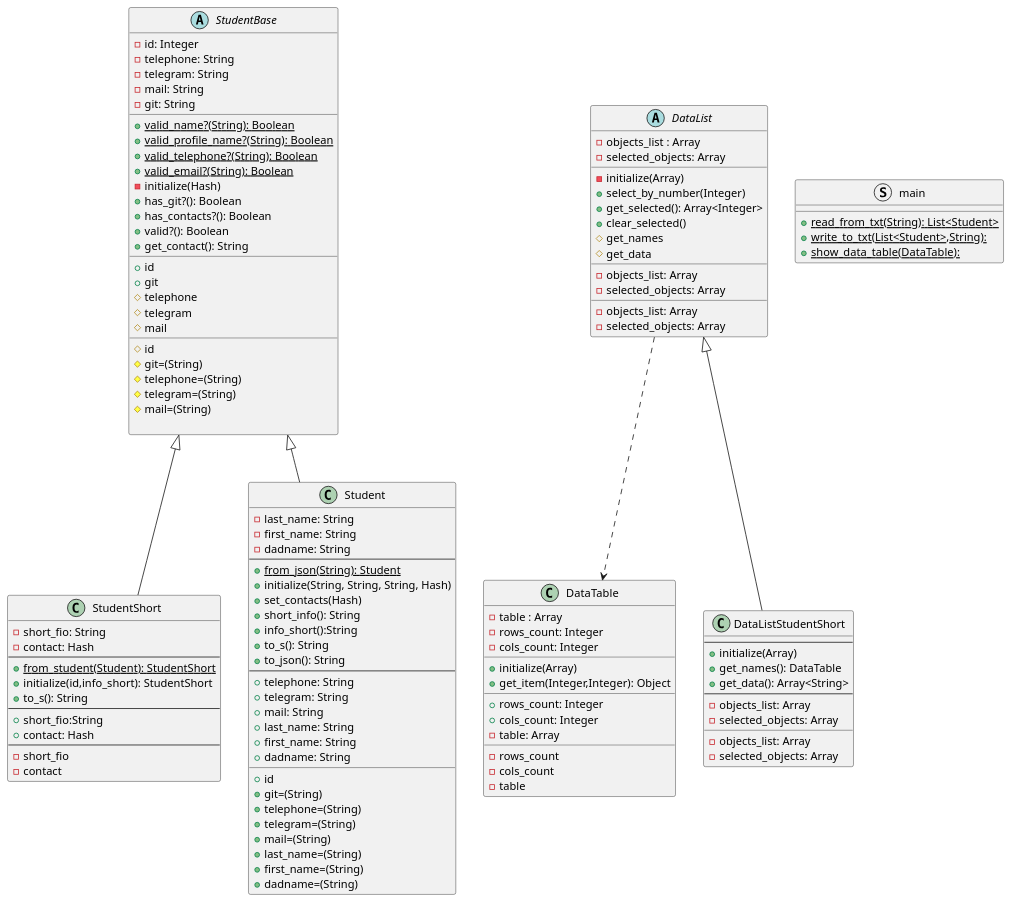
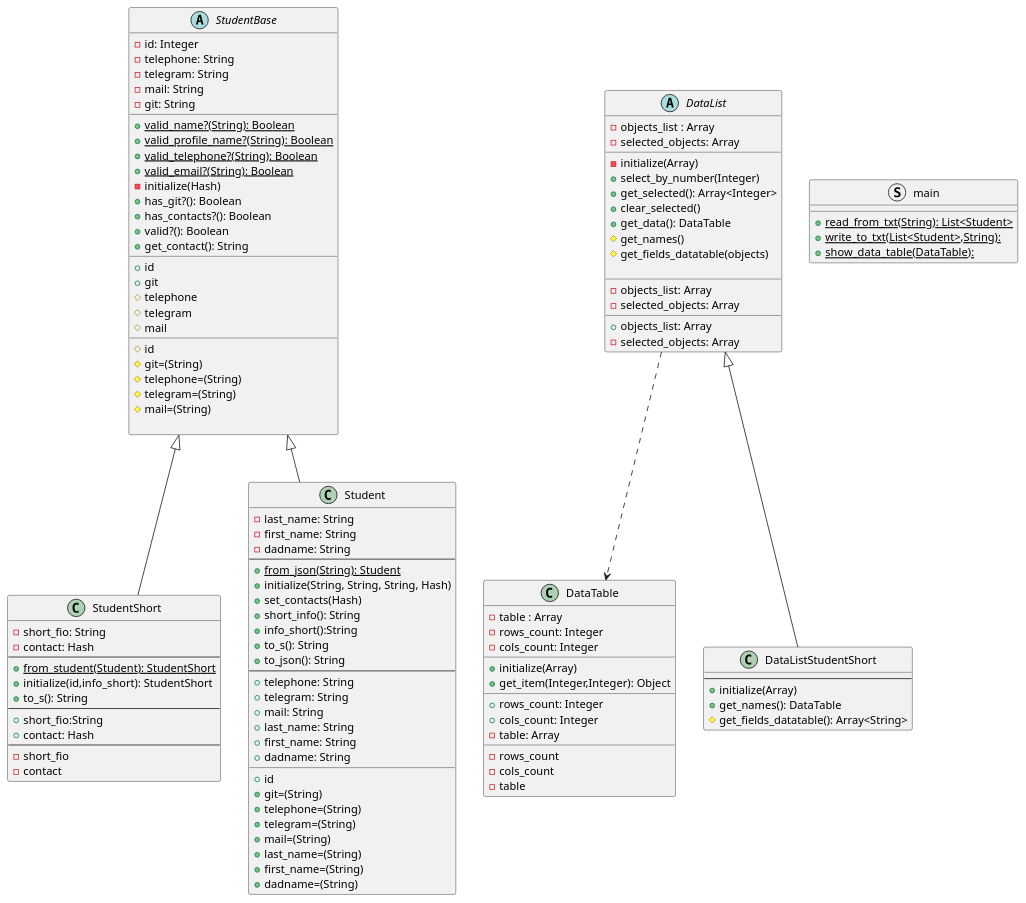
Before and after one commit to KREEAL/RubyLabs: the diagram in LR2/diagram/StudentClassDiagram.puml, drawn with PlantUML. The commit also changed 1 other file, not shown here.

Commit message:
Диаграмма классов соответствует текущим классам

```diff
--- a/LR2/diagram/StudentClassDiagram.puml
+++ b/LR2/diagram/StudentClassDiagram.puml
@@ -1,134 +1,130 @@
 @startuml
 'https://plantuml.com/class-diagram
 abstract class StudentBase {
     -id: Integer
     -telephone: String
     -telegram: String
     -mail: String
     -git: String
     __
     +{static}valid_name?(String): Boolean
     +{static}valid_profile_name?(String): Boolean
     +{static}valid_telephone?(String): Boolean
     +{static}valid_email?(String): Boolean
     -initialize(Hash)
     +has_git?(): Boolean
     +has_contacts?(): Boolean
     +valid?(): Boolean
     +get_contact(): String
     __
     +id
     +git
     #telephone
     #telegram
     #mail
     __
     #id
     #git=(String)
     #telephone=(String)
     #telegram=(String)
     #mail=(String)
 
 }
 class StudentShort extends StudentBase {
     -short_fio: String
     -contact: Hash
     --
     +{static}from_student(Student): StudentShort
     +initialize(id,info_short): StudentShort
     +to_s(): String
     --
     +short_fio:String
     +contact: Hash
     --
     -short_fio
     -contact
 }
 class Student extends StudentBase{
     -last_name: String
     -first_name: String
     -dadname: String
     --
     +{static}from_json(String): Student
     +initialize(String, String, String, Hash)
     +set_contacts(Hash)
     +short_info(): String
     +info_short():String
     +to_s(): String
     +to_json(): String
     --
     +telephone: String
     +telegram: String
     +mail: String
     +last_name: String
     +first_name: String
     +dadname: String
     __
     +id
     +git=(String)
     +telephone=(String)
     +telegram=(String)
     +mail=(String)
     +last_name=(String)
     +first_name=(String)
     +dadname=(String)
 }
 
 class DataTable{
     -table : Array
     -rows_count: Integer
     -cols_count: Integer
     __
     +initialize(Array)
     +get_item(Integer,Integer): Object
     __
     +rows_count: Integer
     +cols_count: Integer
     -table: Array
     __
     -rows_count
     -cols_count
     -table
 }
 abstract class DataList{
     -objects_list : Array
     -selected_objects: Array
     __
     -initialize(Array)
     +select_by_number(Integer)
     +get_selected(): Array<Integer>
     +clear_selected()
-    #get_names
-    #get_data
+    +get_data(): DataTable
+    #get_names()
+    #get_fields_datatable(objects)
+
     __
     -objects_list: Array
     -selected_objects: Array
     __
-    -objects_list: Array
+    +objects_list: Array
     -selected_objects: Array
 }
 
 class DataListStudentShort extends DataList{
     --
     +initialize(Array)
     +get_names(): DataTable
-    +get_data(): Array<String>
-    --
-    -objects_list: Array
-    -selected_objects: Array
-    __
-    -objects_list: Array
-    -selected_objects: Array
+    #get_fields_datatable(): Array<String>
 }
 
 
 struct main {
     +{static}read_from_txt(String): List<Student>
     +{static}write_to_txt(List<Student>,String):
     +{static}show_data_table(DataTable):
 }
 
 
 
 DataList ..> DataTable
 @enduml
```
